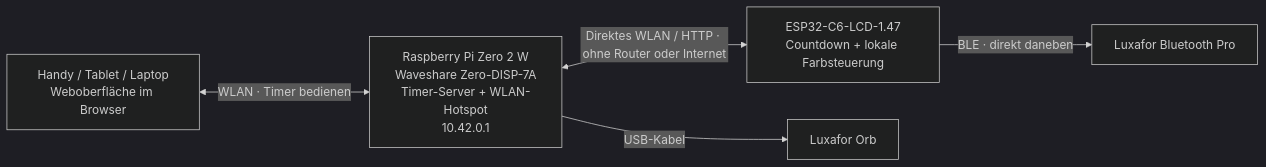
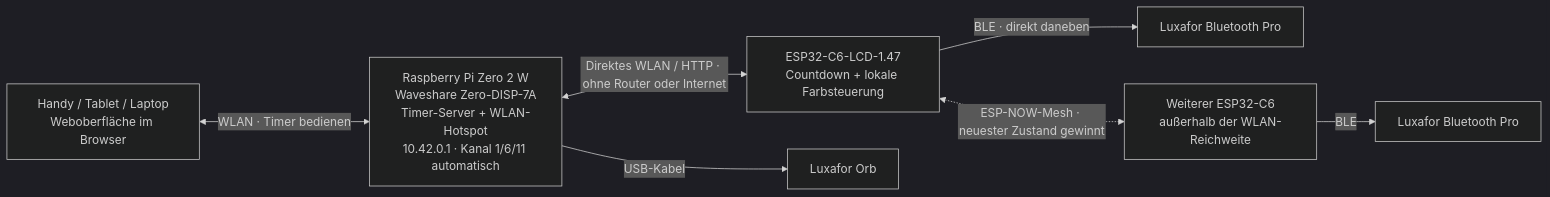
Before and after one commit to sglogger/pi-timer-wifi: the diagram in README.md, drawn with Mermaid (dark theme). The commit also changed other lines of this file and 20 other files, not shown here.

Commit message:
added ESP-NOW as mesh/fallback option

````diff
--- a/README.md
+++ b/README.md
@@ -12,12 +12,16 @@
 ```mermaid
 flowchart LR
-  A["Raspberry Pi Zero 2 W\nWaveshare Zero-DISP-7A\nTimer-Server + WLAN-Hotspot\n10.42.0.1"]
+  A["Raspberry Pi Zero 2 W\nWaveshare Zero-DISP-7A\nTimer-Server + WLAN-Hotspot\n10.42.0.1 · Kanal 1/6/11 automatisch"]
   B["ESP32-C6-LCD-1.47\nCountdown + lokale Farbsteuerung"]
   C["Luxafor Bluetooth Pro"]
   A <-->|"Direktes WLAN / HTTP · ohne Router oder Internet"| B
   B -->|"BLE · direkt daneben"| C
+  F["Weiterer ESP32-C6\naußerhalb der WLAN-Reichweite"]
+  G["Luxafor Bluetooth Pro"]
+  B <-.->|"ESP-NOW-Mesh · neuester Zustand gewinnt"| F
+  F -->|"BLE"| G
   D["Handy / Tablet / Laptop\nWeboberfläche im Browser"]
   D <-->|"WLAN · Timer bedienen"| A
   E["Luxafor Orb"]
   A -->|"USB-Kabel"| E
 ```
````
